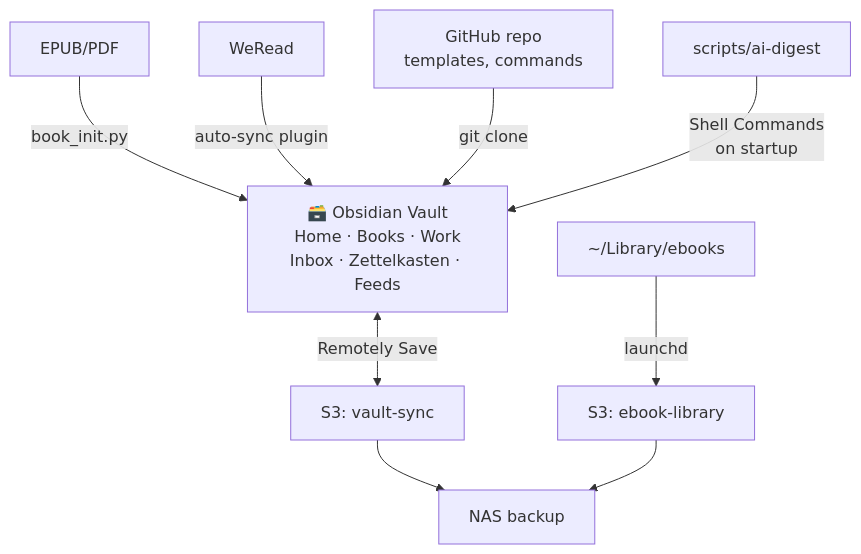
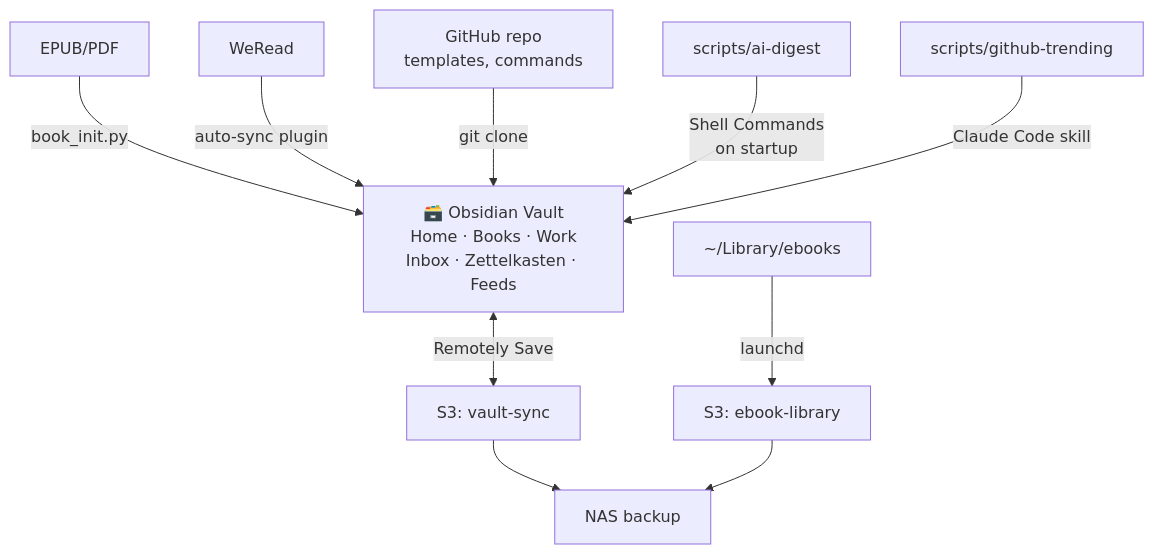
The first of 3 diagrams in README.md (yepengfan/obsidian-workflow), drawn with Mermaid before and after one commit. The commit also changed other lines of this file and 10 other files, not shown here.

````diff
--- a/README.md
+++ b/README.md
@@ -54,14 +59,15 @@
 ```mermaid
 graph TD
     EPUB[EPUB/PDF] -->|book_init.py| Vault
     WR[WeRead] -->|auto-sync plugin| Vault
     SYS[GitHub repo<br/>templates, commands] -->|git clone| Vault
     DIGEST[scripts/ai-digest] -->|Shell Commands<br/>on startup| Vault
+    GHTREND[scripts/github-trending] -->|Claude Code skill| Vault
 
     Vault["🗃️ Obsidian Vault<br/>Home · Books · Work<br/>Inbox · Zettelkasten · Feeds"]
 
     Vault <-->|Remotely Save| S3V[S3: vault-sync]
     EBOOKS[~/Library/ebooks] -->|launchd| S3E[S3: ebook-library]
     S3V --> BACKUP[NAS backup]
     S3E --> BACKUP
 ```
````
